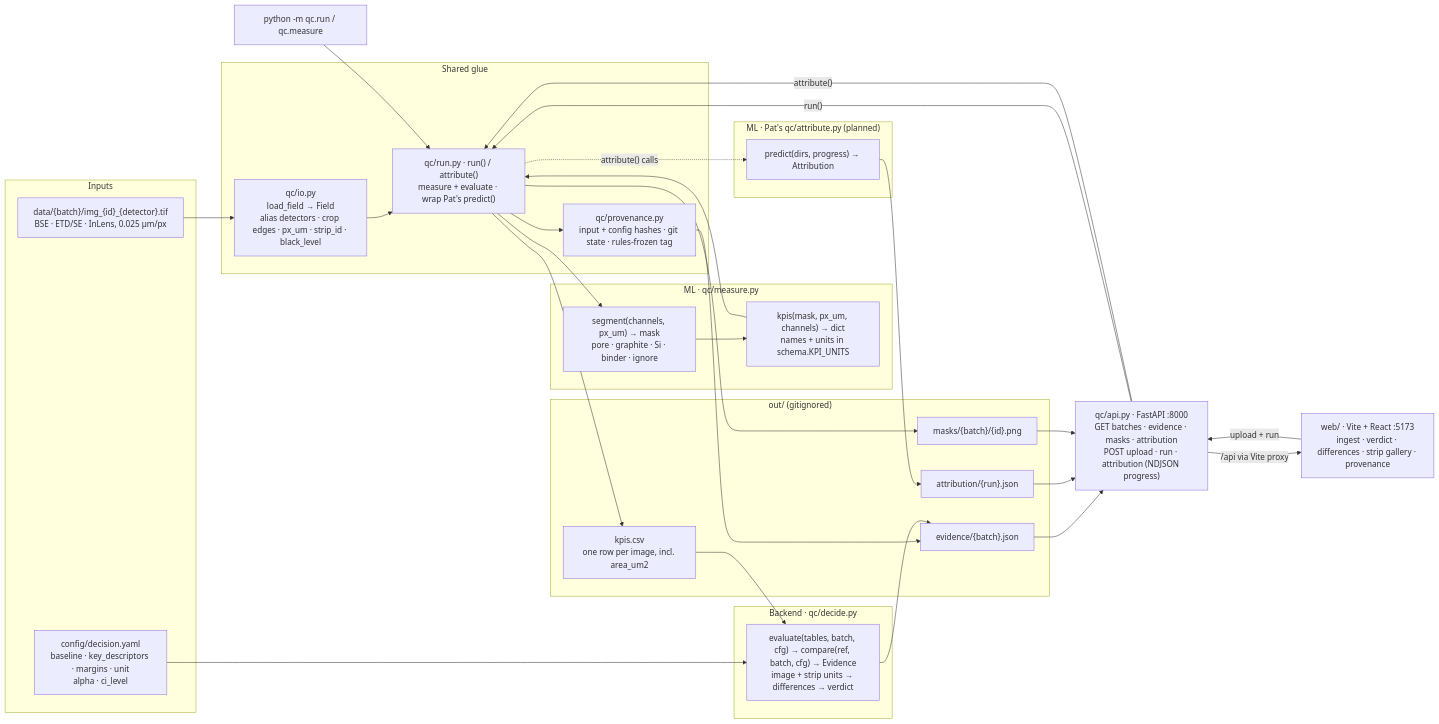
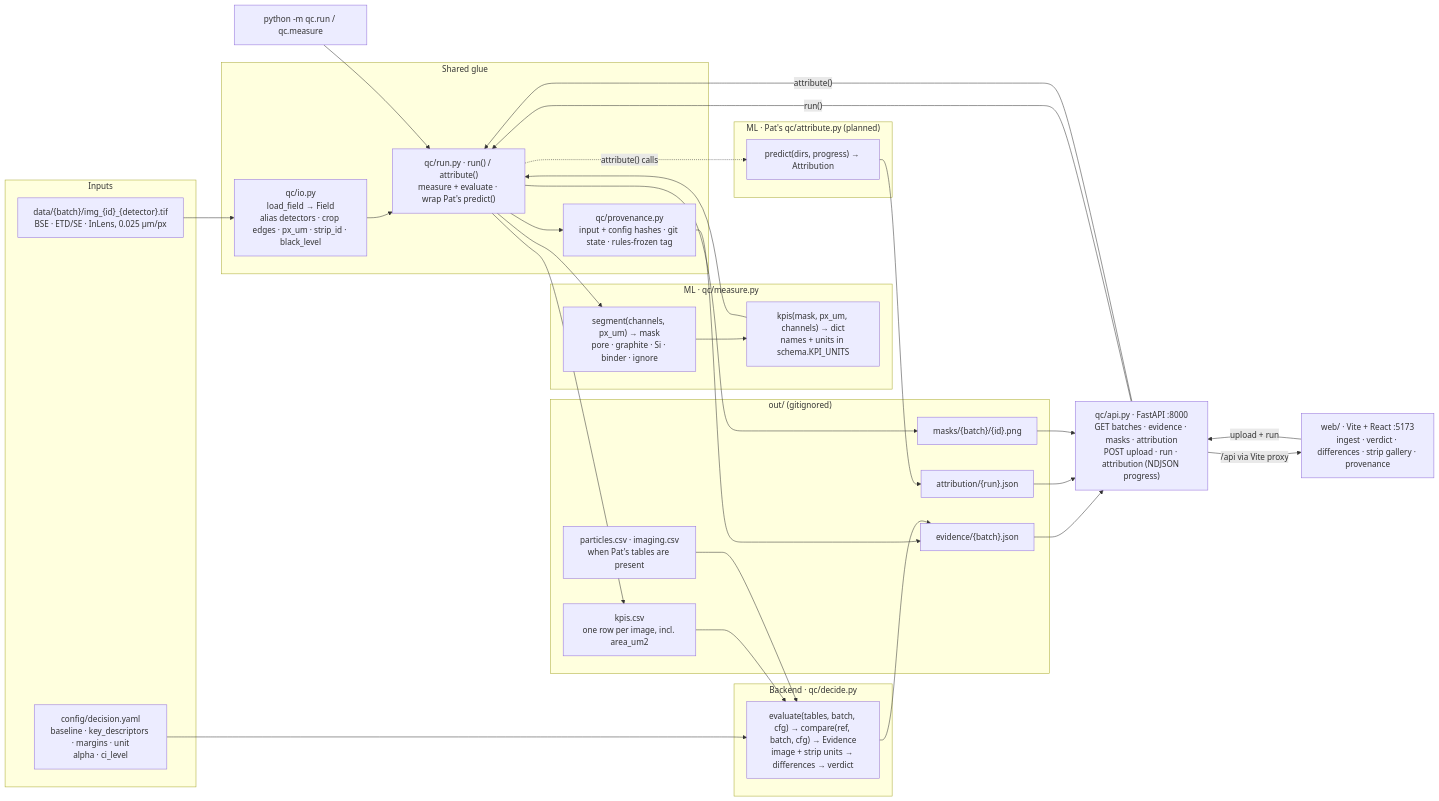
Before and after one commit to batch-size-2/catalyst: the diagram in README.md, drawn with Mermaid. The commit also changed other lines of this file and 6 other files, not shown here.

First line of the commit message:
Feed Pat's particle and imaging tables into compare(): type shares, new-type share, imaging check and curtaining.

````diff
--- a/README.md
+++ b/README.md
@@ -43,54 +43,56 @@
 ```mermaid
 flowchart LR
   subgraph IN["Inputs"]
     D["data/{batch}/img_{id}_{detector}.tif<br/>BSE · ETD/SE · InLens, 0.025 µm/px"]
     CFG["config/decision.yaml<br/>baseline · key_descriptors · margins · unit<br/>alpha · ci_level"]
   end
 
   subgraph GLUE["Shared glue"]
     IO["qc/io.py<br/>load_field → Field<br/>alias detectors · crop edges · px_um · strip_id · black_level"]
     RUN["qc/run.py · run() / attribute()<br/>measure + evaluate · wrap Pat's predict()"]
     PROV["qc/provenance.py<br/>input + config hashes · git state · rules-frozen tag"]
   end
 
   subgraph ML["ML · qc/measure.py"]
     SEG["segment(channels, px_um) → mask<br/>pore · graphite · Si · binder · ignore"]
     KPI["kpis(mask, px_um, channels) → dict<br/>names + units in schema.KPI_UNITS"]
   end
 
   subgraph ATTRIB["ML · Pat's qc/attribute.py (planned)"]
     PREDICT["predict(dirs, progress) → Attribution"]
   end
 
   subgraph BE["Backend · qc/decide.py"]
     J["evaluate(tables, batch, cfg) → compare(ref, batch, cfg) → Evidence<br/>image + strip units → differences → verdict"]
   end
 
   subgraph OUT["out/ (gitignored)"]
     T["kpis.csv<br/>one row per image, incl. area_um2"]
+    PI["particles.csv · imaging.csv<br/>when Pat's tables are present"]
     E["evidence/{batch}.json"]
     A["attribution/{run}.json"]
     P["masks/{batch}/{id}.png"]
   end
 
   API["qc/api.py · FastAPI :8000<br/>GET batches · evidence · masks · attribution<br/>POST upload · run · attribution (NDJSON progress)"]
   WEB["web/ · Vite + React :5173<br/>ingest · verdict · differences · strip gallery · provenance"]
   CLI["python -m qc.run / qc.measure"]
 
   D --> IO --> RUN
   RUN --> SEG --> KPI --> RUN
   RUN -. "attribute() calls" .-> PREDICT --> A
   RUN --> T --> J
+  PI --> J
   CFG --> J
   RUN --> P
   RUN --> PROV --> E
   J --> E
   E --> API
   A --> API
   P --> API
   API -- "/api via Vite proxy" --> WEB
   WEB -- "upload + run" --> API
   API -- "run()" --> RUN
   API -- "attribute()" --> RUN
   CLI --> RUN
 ```
````
